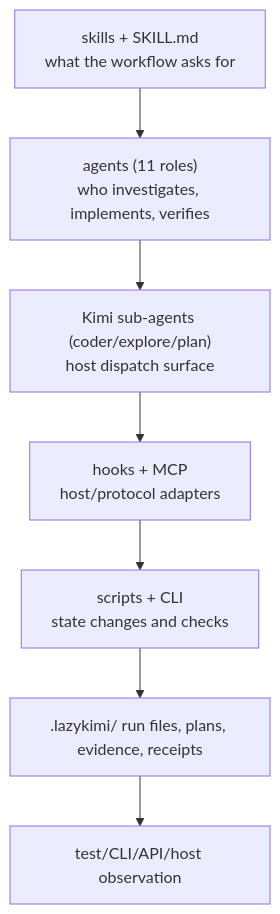
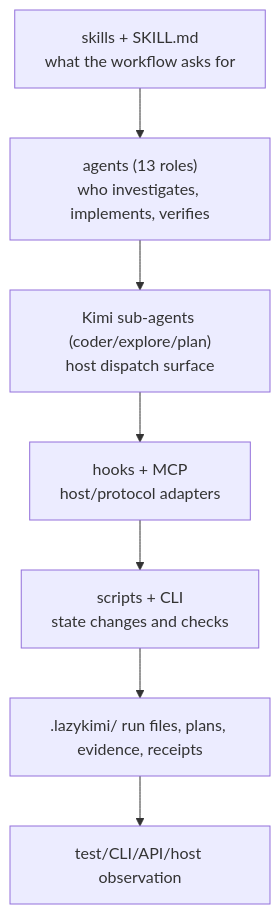
The diagram in lazykimi-plugin/docs/01-mental-model.md (elvinzhao10/LazyKimi), drawn with Mermaid before and after one commit. The commit also changed other lines of this file and 16 other files, not shown here.

````diff
--- a/lazykimi-plugin/docs/01-mental-model.md
+++ b/lazykimi-plugin/docs/01-mental-model.md
@@ -7,11 +7,11 @@
 ```mermaid
 flowchart TB
     Policy["skills + SKILL.md\nwhat the workflow asks for"]
-    Roles["agents (11 roles)\nwho investigates, implements, verifies"]
+    Roles["agents (13 roles)\nwho investigates, implements, verifies"]
     Channels["Kimi sub-agents (coder/explore/plan)\nhost dispatch surface"]
     Adapter["hooks + MCP\nhost/protocol adapters"]
     Runtime["scripts + CLI\nstate changes and checks"]
     State[".lazykimi/ run files, plans, evidence, receipts"]
     Proof["test/CLI/API/host observation"]
     Policy --> Roles --> Channels --> Adapter --> Runtime --> State --> Proof
 ```
````
